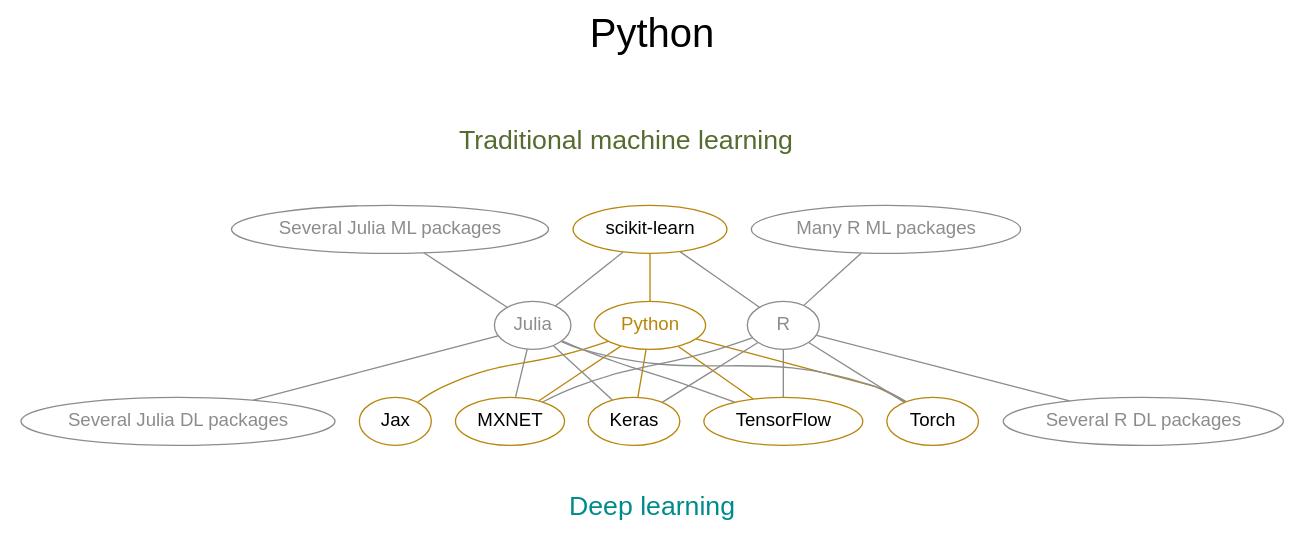
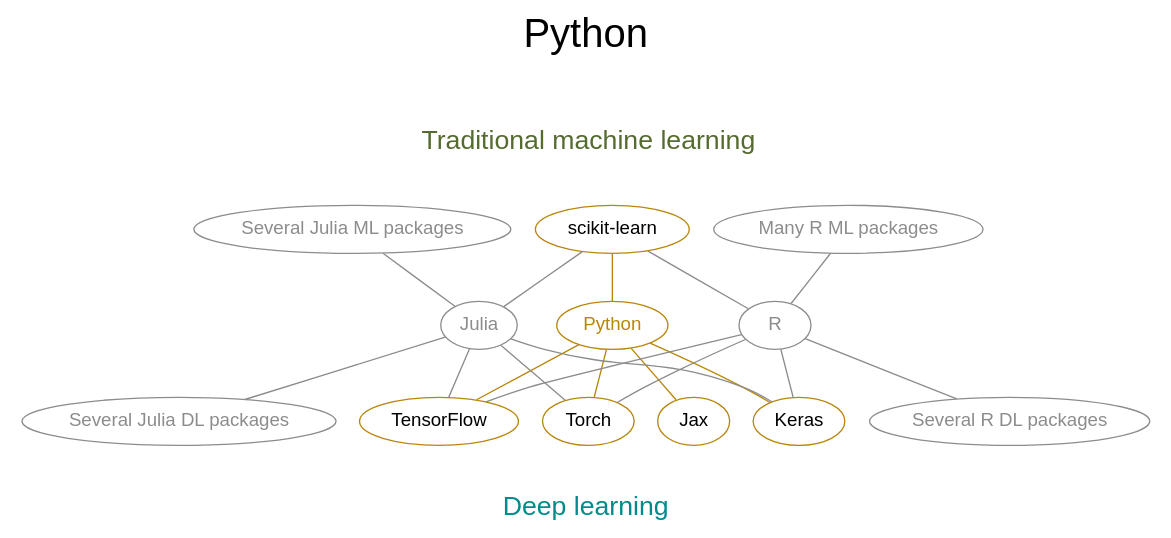
One commit to WestDRI/arc-training changed the fourth of 12 diagrams in ml/frameworks_slides.qmd. Above: the diagram before and after it, drawn with Graphviz. The commit also changed other lines of this file, not shown here.

````diff
--- a/ml/frameworks_slides.qmd
+++ b/ml/frameworks_slides.qmd
@@ -106,56 +178,56 @@
 ```{dot}
 //| echo: false
 
 strict graph {
 
   label="Python\n\n"
   labelloc=t
   fontsize=30
   
   bgcolor="transparent"
   graph [fontname="Inconsolata, sans-serif"]
   node [fontname="Inconsolata, sans-serif"]
 
   subgraph cluster_ml {
 	peripheries=0
 	label="Traditional machine learning\n\n"
 	fontcolor=darkolivegreen
 	fontsize=20
 	"scikit-learn" "Several Julia ML packages" "Many R ML packages"
   }
 
   subgraph cluster_dl {
 	peripheries=0
 	label="\nDeep learning"
 	fontcolor=darkcyan
 	fontsize=20
 	labelloc=b
-	Torch TensorFlow Jax Keras MXNET "Several Julia DL packages" "Several R DL packages"
+	Torch TensorFlow Jax Keras "Several Julia DL packages" "Several R DL packages"
   }
 
   Python [color=darkgoldenrod, fontcolor=darkgoldenrod, URL="https://www.python.org/"]
   Julia [color=gray55, fontcolor=gray55, URL="https://julialang.org/"]
   R [color=gray55, fontcolor=gray55, URL="https://www.r-project.org/"]
 
   "scikit-learn" [color=darkgoldenrod, URL="https://scikit-learn.org/stable/"]
-  MXNET [color=darkgoldenrod, URL="https://mxnet.apache.org/versions/1.9.1/"]
   Keras [color=darkgoldenrod, URL="https://keras.io/"]
   TensorFlow [color=darkgoldenrod, URL="https://www.tensorflow.org/"]
   Torch [color=darkgoldenrod, URL="https://pytorch.org/"]
   Jax [color=darkgoldenrod, URL="https://jax.readthedocs.io/en/latest/index.html"]
   
   "scikit-learn" -- Python [color=darkgoldenrod]
-  Python -- {Torch TensorFlow Jax Keras MXNET} [color=darkgoldenrod]
+  Python -- {Torch TensorFlow Jax Keras} [color=darkgoldenrod]
 
   {"Several Julia ML packages" "scikit-learn"} -- Julia [color=gray55]
-  Julia -- {"Several Julia DL packages" Torch TensorFlow Keras MXNET} [color=gray55]
+  Julia -- {"Several Julia DL packages" Torch TensorFlow Keras} [color=gray55]
 
   {"scikit-learn" "Many R ML packages"} -- R [color=gray55]
-  R -- {"Several R DL packages" Torch TensorFlow Keras MXNET} [color=gray55]
+  R -- {"Several R DL packages" Torch TensorFlow Keras} [color=gray55]
 
   "Several Julia ML packages" [color=gray55, fontcolor=gray55]
   "Several Julia DL packages" [color=gray55, fontcolor=gray55]
   "Many R ML packages" [color=gray55, fontcolor=gray55]
   "Several R DL packages" [color=gray55, fontcolor=gray55]
+  
 }
 ```
````
